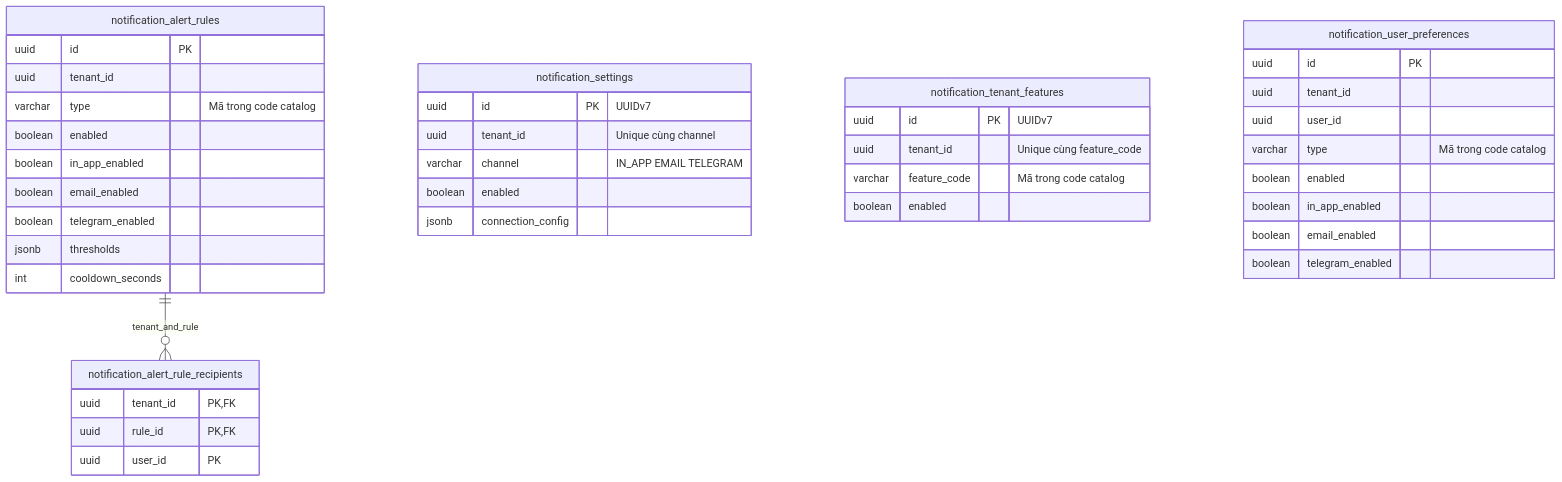
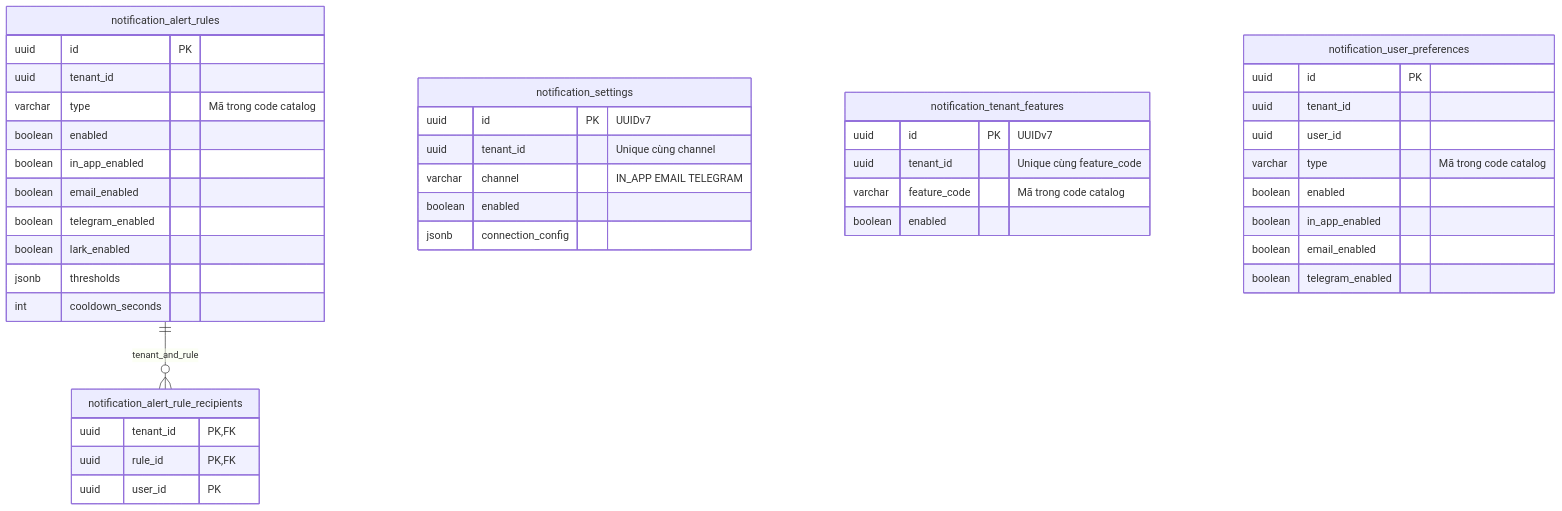
The first of 2 diagrams in services/notification-service/docs/database-design.md (NDQuynh259/vishop-platform), drawn with Mermaid before and after one commit. The commit also changed other lines of this file and 37 other files, not shown here.

````diff
--- a/services/notification-service/docs/database-design.md
+++ b/services/notification-service/docs/database-design.md
@@ -16,44 +16,45 @@
 ```mermaid
 erDiagram
     notification_alert_rules ||--o{ notification_alert_rule_recipients : tenant_and_rule
 
     notification_settings {
         uuid id PK "UUIDv7"
         uuid tenant_id "Unique cùng channel"
         varchar channel "IN_APP EMAIL TELEGRAM"
         boolean enabled
         jsonb connection_config
     }
     notification_tenant_features {
         uuid id PK "UUIDv7"
         uuid tenant_id "Unique cùng feature_code"
         varchar feature_code "Mã trong code catalog"
         boolean enabled
     }
     notification_alert_rules {
         uuid id PK
         uuid tenant_id
         varchar type "Mã trong code catalog"
         boolean enabled
         boolean in_app_enabled
         boolean email_enabled
         boolean telegram_enabled
+        boolean lark_enabled
         jsonb thresholds
         int cooldown_seconds
     }
     notification_alert_rule_recipients {
         uuid tenant_id PK,FK
         uuid rule_id PK,FK
         uuid user_id PK
     }
     notification_user_preferences {
         uuid id PK
         uuid tenant_id
         uuid user_id
         varchar type "Mã trong code catalog"
         boolean enabled
         boolean in_app_enabled
         boolean email_enabled
         boolean telegram_enabled
     }
 ```
````
